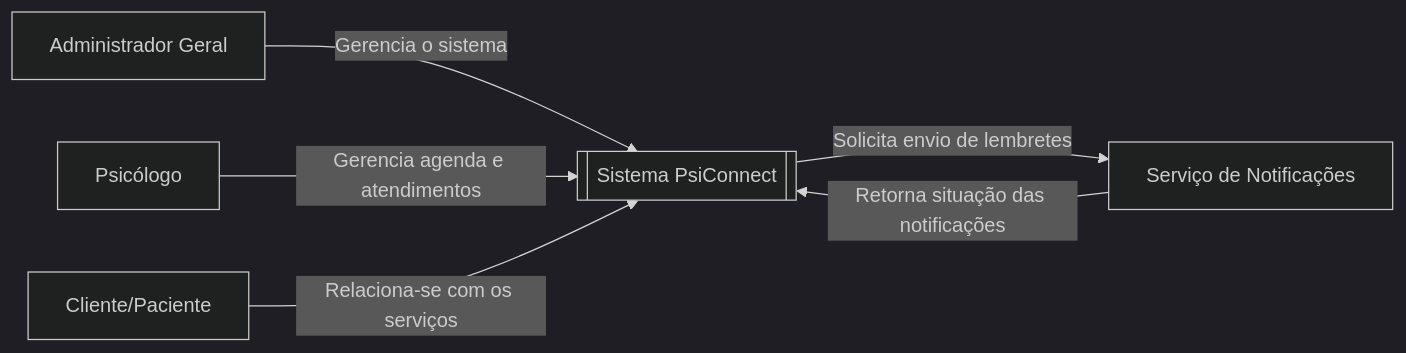
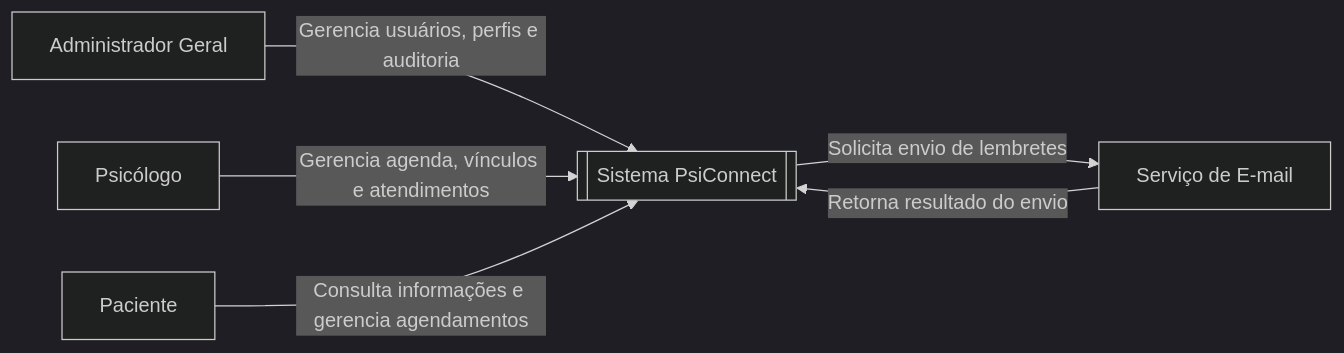
Before and after one commit to Icaro230307/AV3-PsiConnect: the first of 14 diagrams in README.md, drawn with Mermaid (dark theme). The commit also changed other lines of this file, not shown here.

````diff
--- a/README.md
+++ b/README.md
@@ -15,15 +114,16 @@
 ```mermaid
 flowchart LR
     Admin["Administrador Geral"]
     Psi["Psicólogo"]
-    Pac["Cliente/Paciente"]
-    Notif["Serviço de Notificações"]
+    Pac["Paciente"]
+    Email["Serviço de E-mail"]
 
     Sistema[["Sistema PsiConnect"]]
 
-    Admin -->|"Gerencia o sistema"| Sistema
-    Psi -->|"Gerencia agenda e atendimentos"| Sistema
-    Pac -->|"Relaciona-se com os serviços"| Sistema
-    Sistema -->|"Solicita envio de lembretes"| Notif
-    Notif -->|"Retorna situação das notificações"| Sistema
+    Admin -->|"Gerencia usuários, perfis e auditoria"| Sistema
+    Psi -->|"Gerencia agenda, vínculos e atendimentos"| Sistema
+    Pac -->|"Consulta informações e gerencia agendamentos"| Sistema
+
+    Sistema -->|"Solicita envio de lembretes"| Email
+    Email -->|"Retorna resultado do envio"| Sistema
 ```
````
